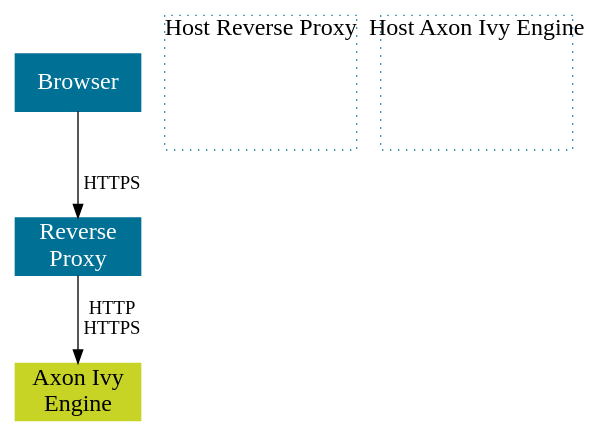
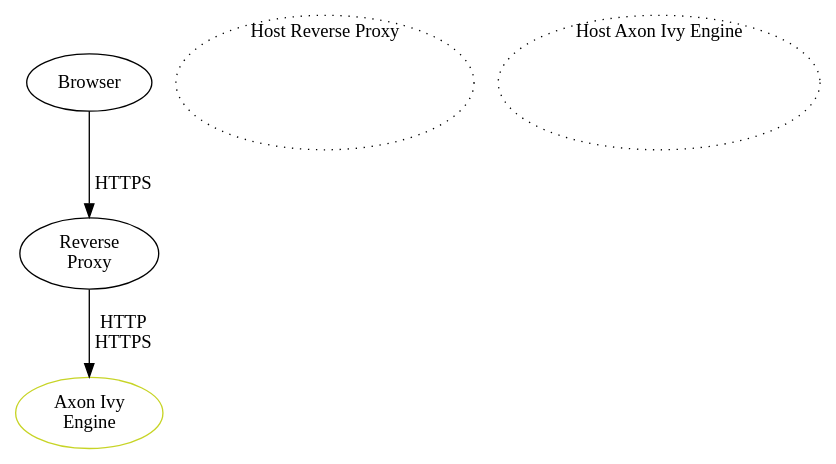
Before and after one commit to bernhardAxonIvy/doc: the diagram in source/engine-guide/integration/reverse-proxy/secure-setup/different-host.dot, drawn with Graphviz. The commit also changed 10 other files, not shown here.

Commit message:
Move gneric graphizv definitions to build container

```diff
--- a/source/engine-guide/integration/reverse-proxy/secure-setup/different-host.dot
+++ b/source/engine-guide/integration/reverse-proxy/secure-setup/different-host.dot
@@ -1,22 +1,12 @@
 
 digraph overview {
-  node [
-    shape=box, 
-    style=filled,
-    margin=0 width=2 height=0.8
-    fontcolor="white",    
-    color="#007095",
-    fixedsize=true,
-    fontsize=18
-  ];
-
   browser [ label="Browser", pos = "0,2.5!", width="1.3" height="0.6"];
   reverseproxy [ label="Reverse\nProxy", pos="3,2.5!" width="1.3" height="0.6"]
   engine [label="Axon Ivy\nEngine", pos="6,2.5!", height="0.6", width="1.3", color="#C7D426", fontcolor="black"];
 
-  hostProxy [ label="Host Reverse Proxy",pos = "3.0,2.6!" width=2 height=1.4 style="dotted" fontcolor="black" labelloc="t"];
-  hostEngine [ label="Host Axon Ivy Engine",pos = "6.0,2.6!" width=2 height=1.4 style="dotted" fontcolor="black" labelloc="t"];
+  hostProxy [ label="Host Reverse Proxy",pos = "3.0,2.6!" height=1.4 style="dotted" fontcolor="black" labelloc="t"];
+  hostEngine [ label="Host Axon Ivy Engine",pos = "6.0,2.6!" height=1.4 style="dotted" fontcolor="black" labelloc="t"];
   
   browser -> reverseproxy [ label="HTTPS"];
   reverseproxy -> engine [ label="HTTP\nHTTPS" ];
 }
```
